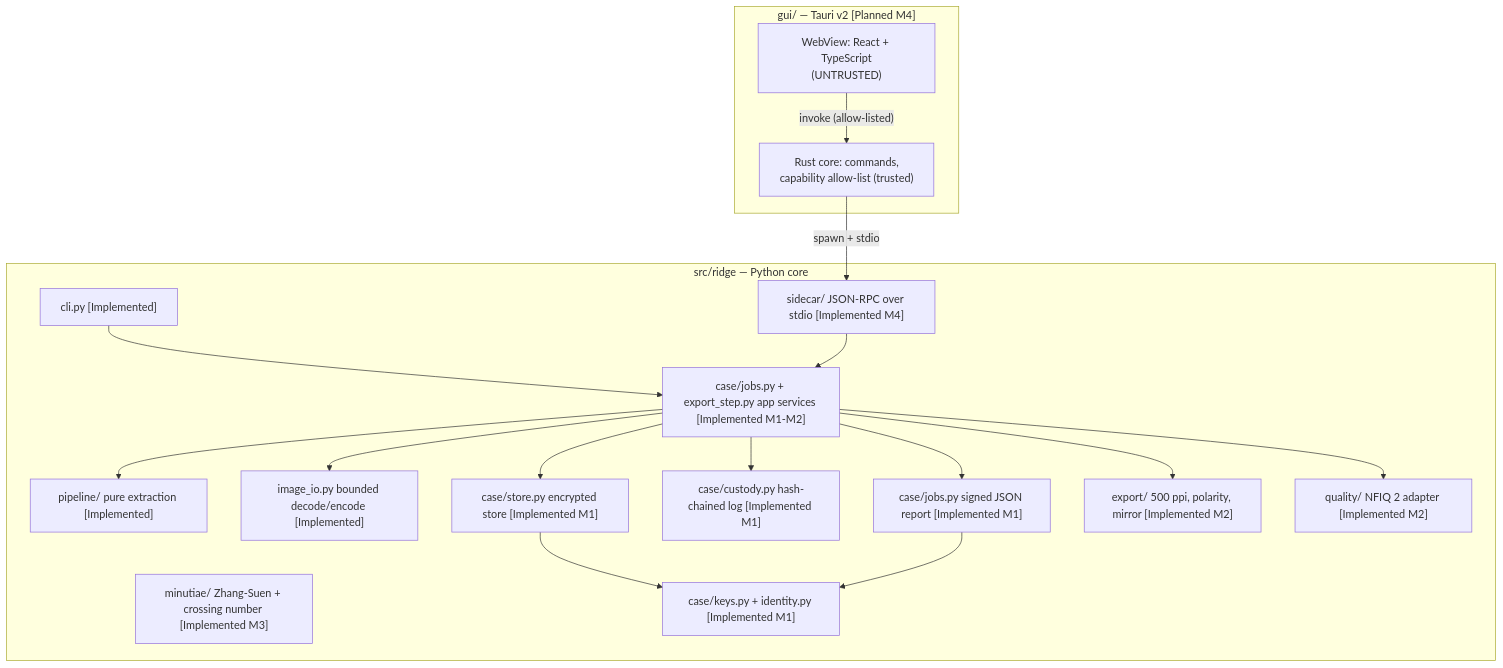
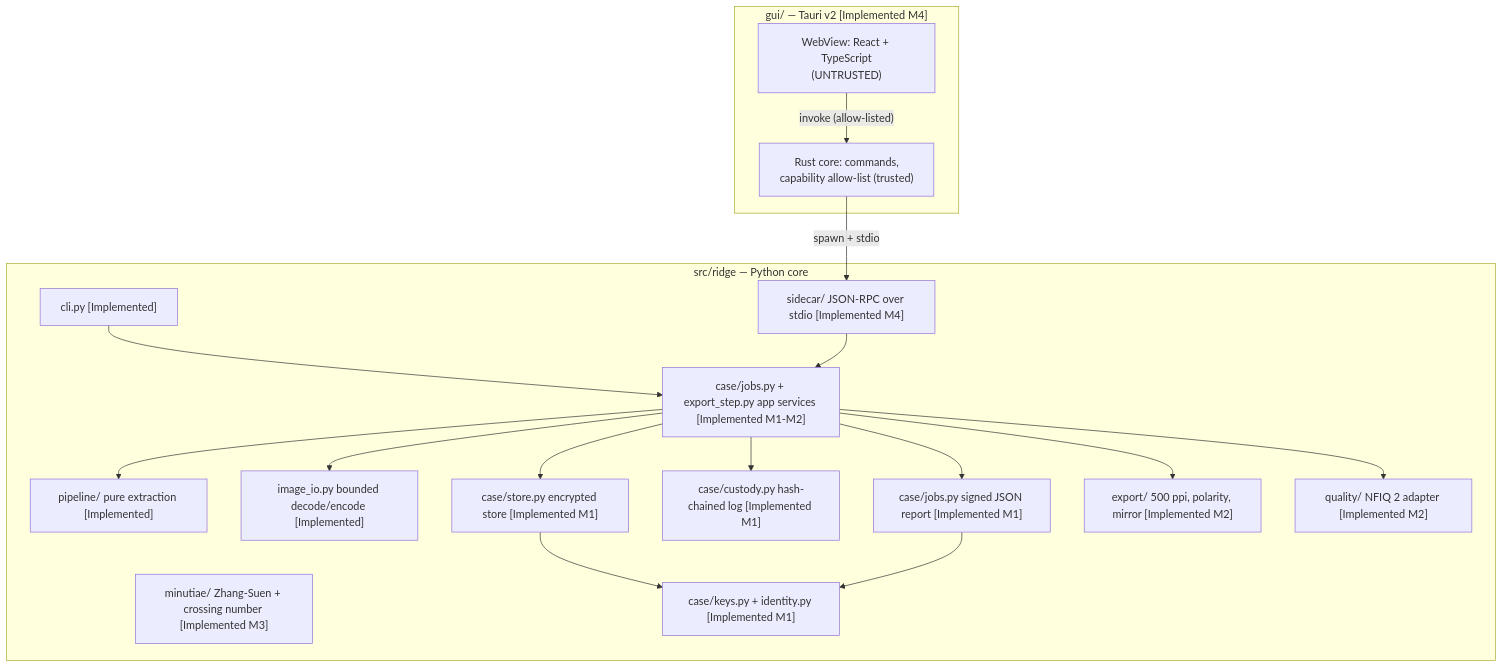
The second of 4 diagrams in docs/architecture.md (ZvonkoNS/Ridge), drawn with Mermaid before and after one commit. The commit also changed other lines of this file and 26 other files, not shown here.

````diff
--- a/docs/architecture.md
+++ b/docs/architecture.md
@@ -68,34 +68,34 @@
 ```mermaid
 flowchart TB
-  subgraph GUI["gui/ — Tauri v2 [Planned M4]"]
+  subgraph GUI["gui/ — Tauri v2 [Implemented M4]"]
     WV["WebView: React + TypeScript<br/>(UNTRUSTED)"]
     RC["Rust core: commands,<br/>capability allow-list (trusted)"]
   end
   subgraph PY["src/ridge — Python core"]
     CLI["cli.py [Implemented]"]
     SC["sidecar/ JSON-RPC over stdio [Implemented M4]"]
     APP["case/jobs.py + export_step.py app services [Implemented M1-M2]"]
     PIPE["pipeline/ pure extraction [Implemented]"]
     IO["image_io.py bounded decode/encode [Implemented]"]
     CASE["case/store.py encrypted store [Implemented M1]"]
     CUST["case/custody.py hash-chained log [Implemented M1]"]
     REP["case/jobs.py signed JSON report [Implemented M1]"]
     EXP["export/ 500 ppi, polarity, mirror [Implemented M2]"]
     QLT["quality/ NFIQ 2 adapter [Implemented M2]"]
     MIN["minutiae/ Zhang-Suen + crossing number [Implemented M3]"]
     KEY["case/keys.py + identity.py [Implemented M1]"]
   end
   WV -- "invoke (allow-listed)" --> RC
   RC -- "spawn + stdio" --> SC
   CLI --> APP
   SC --> APP
   APP --> PIPE
   APP --> IO
   APP --> CASE
   APP --> CUST
   APP --> REP
   APP --> EXP
   APP --> QLT
   CASE --> KEY
   REP --> KEY
 ```
````
